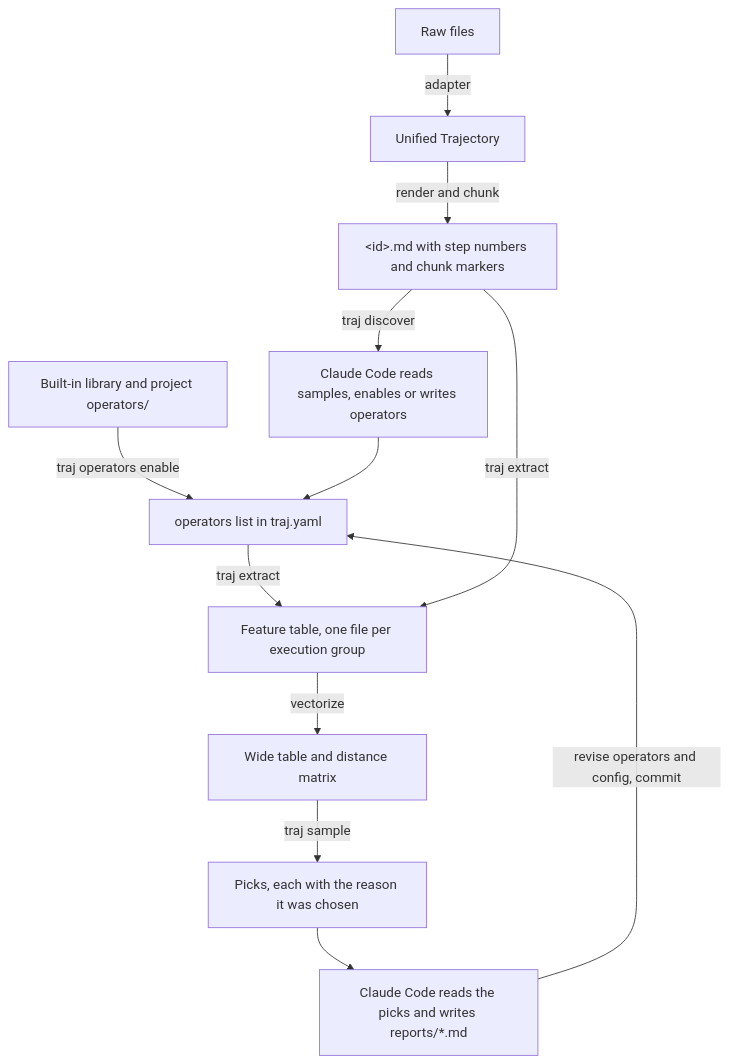
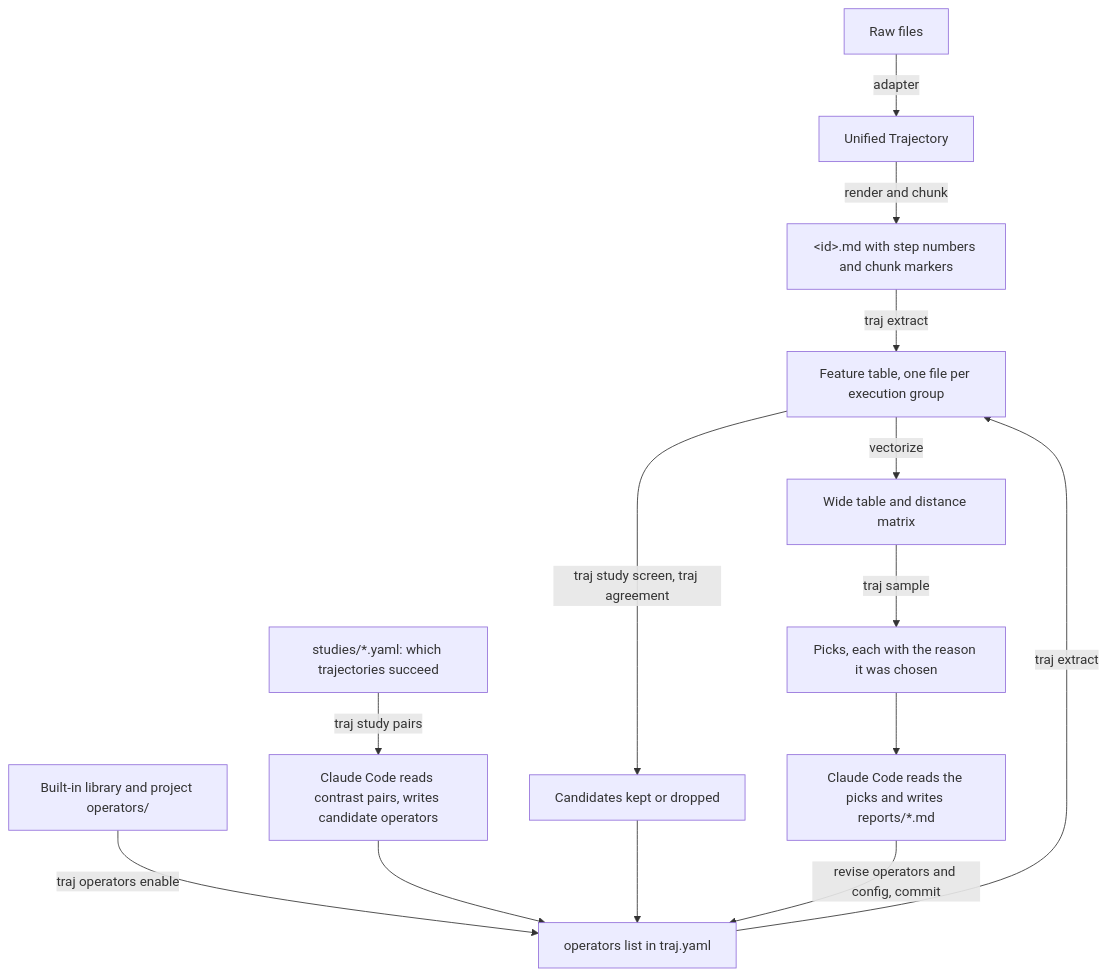
Before and after one commit to Lincyaw/traj-analyzer: the diagram in docs/design.md, drawn with Mermaid. The commit also changed other lines of this file and 13 other files, not shown here.

First line of the commit message:
Propose and verify features through studies; move the CLI to typer

````diff
--- a/docs/design.md
+++ b/docs/design.md
@@ -13,14 +13,16 @@
 ```mermaid
 flowchart TD
     raw[Raw files] -->|adapter| unified[Unified Trajectory]
     unified -->|render and chunk| md["&lt;id&gt;.md with step numbers and chunk markers"]
     library[Built-in library and project operators/] -->|traj operators enable| config["operators list in traj.yaml"]
-    md -->|traj discover| propose[Claude Code reads samples, enables or writes operators]
+    study["studies/*.yaml: which trajectories succeed"] -->|traj study pairs| propose[Claude Code reads contrast pairs, writes candidate operators]
     propose --> config
+    table -->|traj study screen, traj agreement| verify[Candidates kept or dropped]
+    verify --> config
     config -->|traj extract| table[Feature table, one file per execution group]
     md -->|traj extract| table
     table -->|vectorize| frame[Wide table and distance matrix]
     frame -->|traj sample| picks[Picks, each with the reason it was chosen]
     picks --> report["Claude Code reads the picks and writes reports/*.md"]
     report -->|revise operators and config, commit| config
 ```
````
